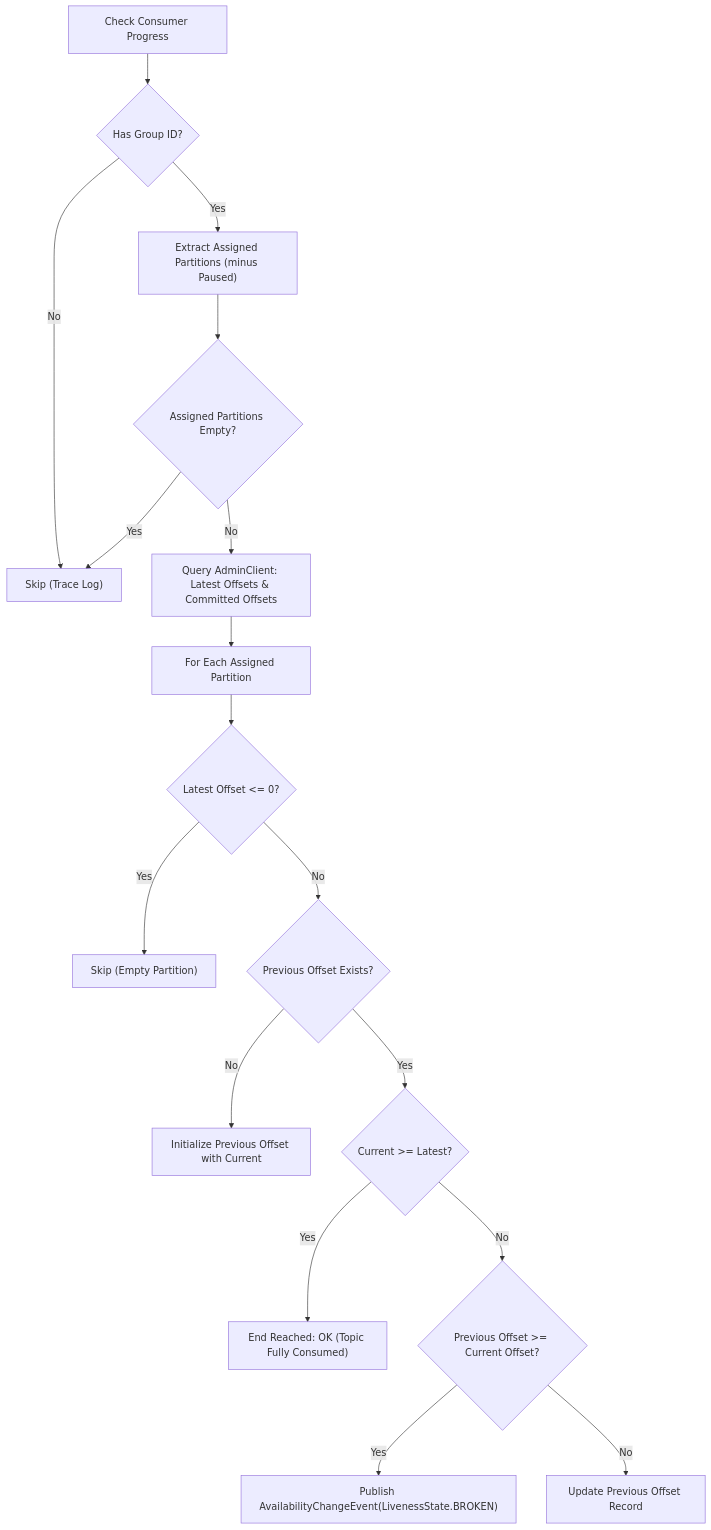
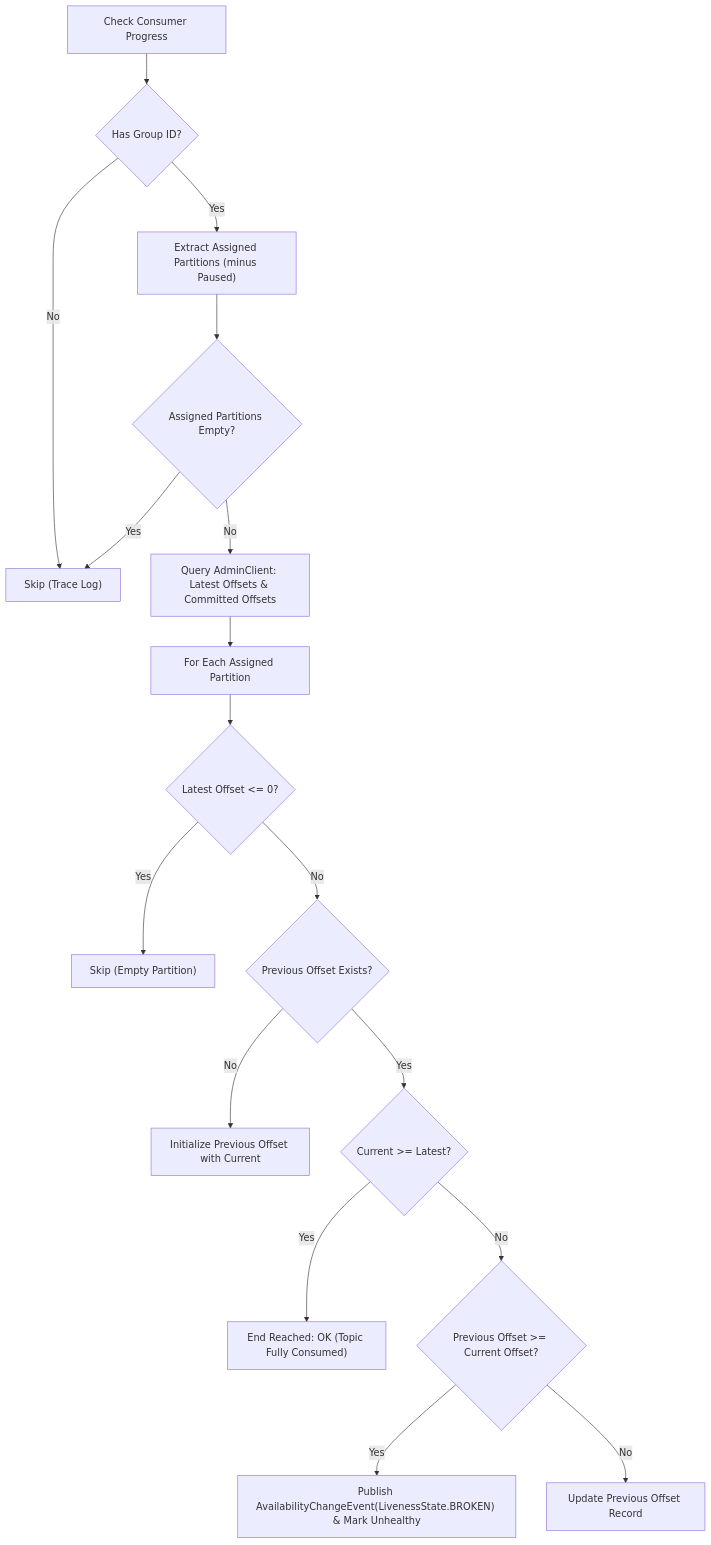
Before and after one commit to vfem/spring-liveness-indicators: the diagram in docs/core-components.md, drawn with Mermaid. The commit also changed other lines of this file and 11 other files, not shown here.

````diff
--- a/docs/core-components.md
+++ b/docs/core-components.md
@@ -40,19 +55,19 @@
 ```mermaid
 flowchart TD
     Start["Check Consumer Progress"] --> GetGroup{"Has Group ID?"}
     GetGroup -- No --> Skip["Skip (Trace Log)"]
     GetGroup -- Yes --> GetPartitions["Extract Assigned Partitions (minus Paused)"]
     GetPartitions --> EmptyCheck{"Assigned Partitions Empty?"}
     EmptyCheck -- Yes --> Skip
     EmptyCheck -- No --> QueryAdmin["Query AdminClient: Latest Offsets & Committed Offsets"]
     QueryAdmin --> ForEachPartition["For Each Assigned Partition"]
     ForEachPartition --> CheckLatest{"Latest Offset <= 0?"}
     CheckLatest -- Yes --> NextPart["Skip (Empty Partition)"]
     CheckLatest -- No --> CheckPrev{"Previous Offset Exists?"}
     CheckPrev -- No --> InitPrev["Initialize Previous Offset with Current"]
     CheckPrev -- Yes --> CheckEnd{"Current >= Latest?"}
     CheckEnd -- Yes --> EndReached["End Reached: OK (Topic Fully Consumed)"]
     CheckEnd -- No --> CompareOffsets{"Previous Offset >= Current Offset?"}
-    CompareOffsets -- Yes --> TriggerBroken["Publish AvailabilityChangeEvent(LivenessState.BROKEN)"]
+    CompareOffsets -- Yes --> TriggerBroken["Publish AvailabilityChangeEvent(LivenessState.BROKEN) & Mark Unhealthy"]
     CompareOffsets -- No --> UpdatePrev["Update Previous Offset Record"]
 ```
````
